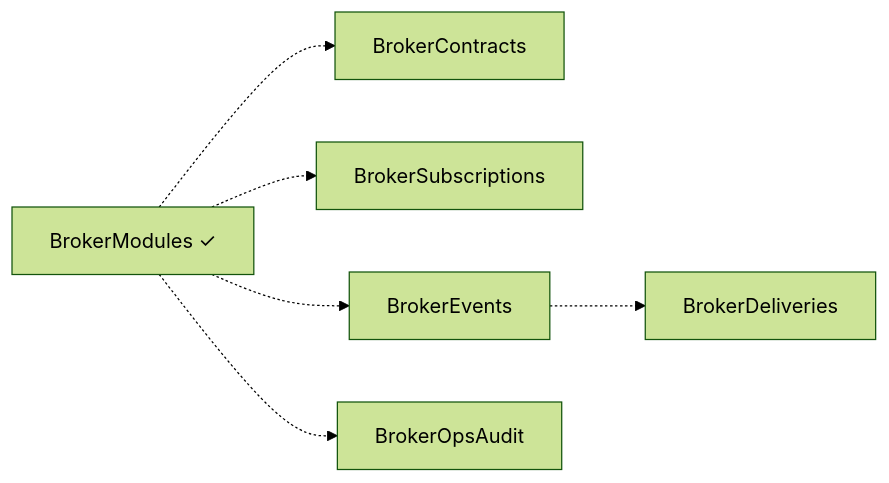
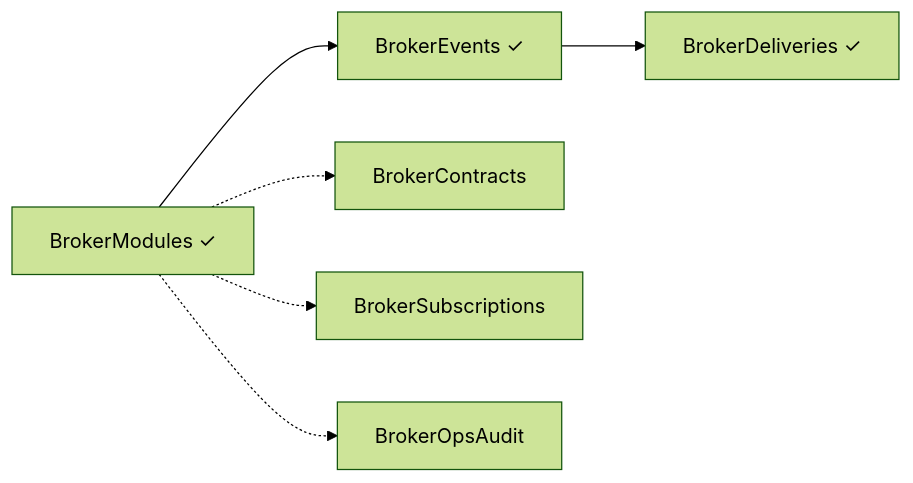
Before and after one commit to andrey-khudoley/Chatium: the third of 7 diagrams in s.chtm.khudoley.pro/p/units/aley/bpm/core/docs/spec/spec-map.md, drawn with Mermaid (forest theme). The commit also changed other lines of this file and 1 other file, not shown here.

````diff
--- a/s.chtm.khudoley.pro/p/units/aley/bpm/core/docs/spec/spec-map.md
+++ b/s.chtm.khudoley.pro/p/units/aley/bpm/core/docs/spec/spec-map.md
@@ -69,14 +98,14 @@
 ```mermaid
 flowchart LR
   M["BrokerModules ✓"]
+  Ev["BrokerEvents ✓"]
+  De["BrokerDeliveries ✓"]
   Co["BrokerContracts"]
   Su["BrokerSubscriptions"]
-  Ev["BrokerEvents"]
-  De["BrokerDeliveries"]
   Au["BrokerOpsAudit"]
   M -.-> Co
   M -.-> Su
-  M -.-> Ev
-  Ev -.-> De
+  M --> Ev
+  Ev --> De
   M -.-> Au
 ```
````
